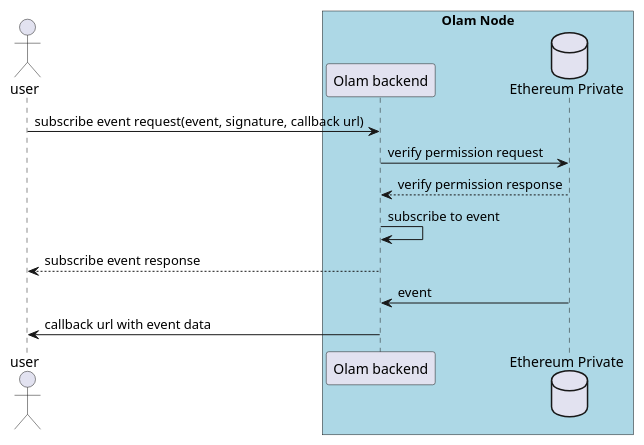
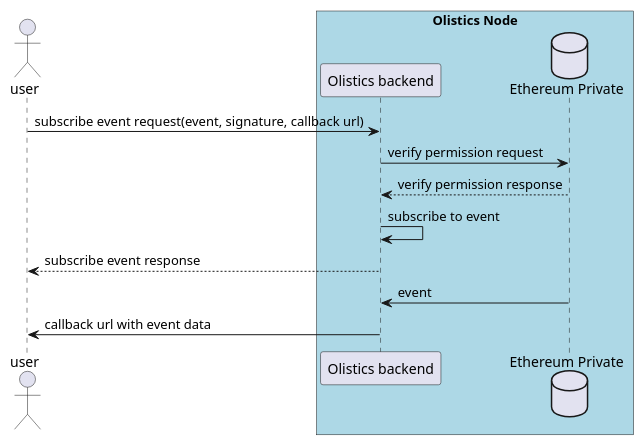
One commit to Olam-Platform/olistics-node changed the diagram in diagrams/events/susbcribe-event-sequence.puml. Above: the diagram before and after it, drawn with PlantUML. The commit also changed 72 other files, not shown here.

```diff
--- a/diagrams/events/susbcribe-event-sequence.puml
+++ b/diagrams/events/susbcribe-event-sequence.puml
@@ -2,17 +2,17 @@
 @startuml
 actor user
-box "Olam Node" #LightBlue
-participant "Olam backend" as on
+box "Olistics Node" #LightBlue
+participant "Olistics backend" as on
 database "Ethereum Private" as ep
 end box
 
 user->on : subscribe event request(event, signature, callback url)
 on->ep : verify permission request
 ep-->on : verify permission response
 on->on : subscribe to event
 on-->user : subscribe event response
 ep->on: event
 on->user : callback url with event data
 
 
 @enduml
```
